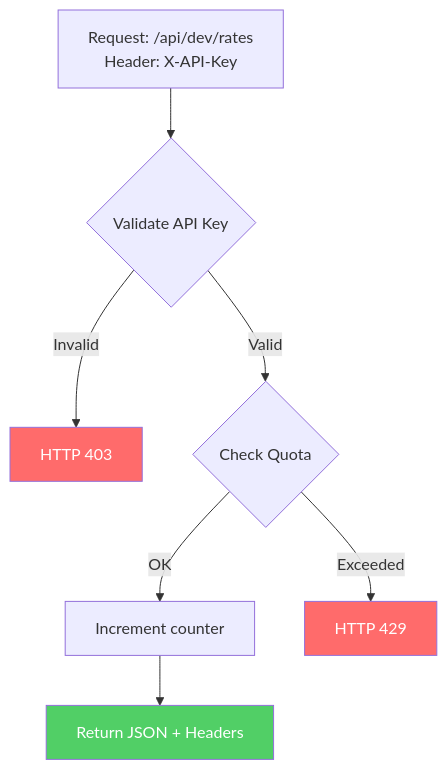
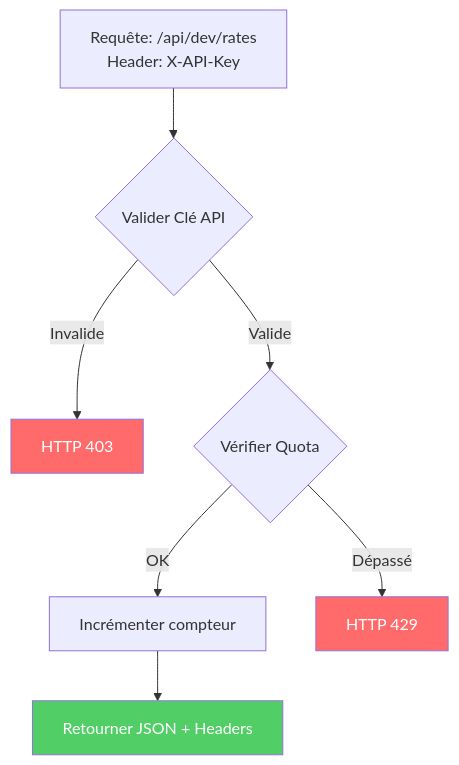
One commit to antifugazis/BRH changed the fourth of 5 diagrams in README.md. Above: the diagram before and after it, drawn with Mermaid. The commit also changed other lines of this file, not shown here.

Commit message:
Translate Mermaid diagrams to French

````diff
--- a/README.md
+++ b/README.md
@@ -155,13 +155,13 @@
 ```mermaid
 flowchart TD
-    A[Request: /api/dev/rates\nHeader: X-API-Key] --> B{Validate API Key}
-    B -->|Invalid| C[HTTP 403]
-    B -->|Valid| D{Check Quota}
-    D -->|OK| E[Increment counter]
-    D -->|Exceeded| F[HTTP 429]
-    E --> G[Return JSON + Headers]
+    A[Requête: /api/dev/rates\nHeader: X-API-Key] --> B{Valider Clé API}
+    B -->|Invalide| C[HTTP 403]
+    B -->|Valide| D{Vérifier Quota}
+    D -->|OK| E[Incrémenter compteur]
+    D -->|Dépassé| F[HTTP 429]
+    E --> G[Retourner JSON + Headers]
 
     style C fill:#ff6b6b,color:#fff
     style F fill:#ff6b6b,color:#fff
     style G fill:#51cf66,color:#fff
 ```
````
